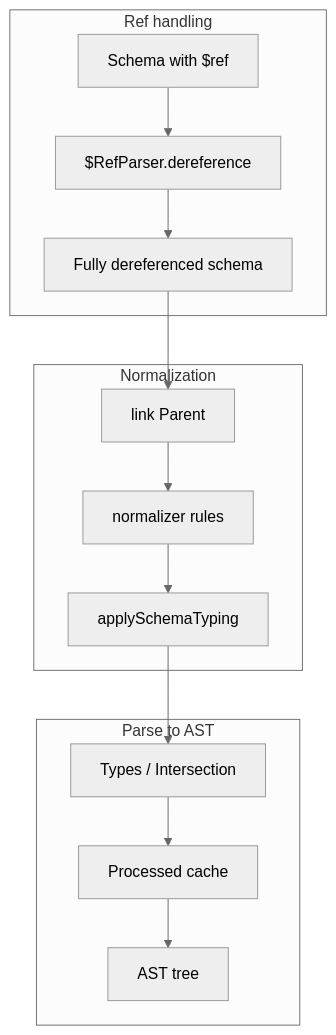
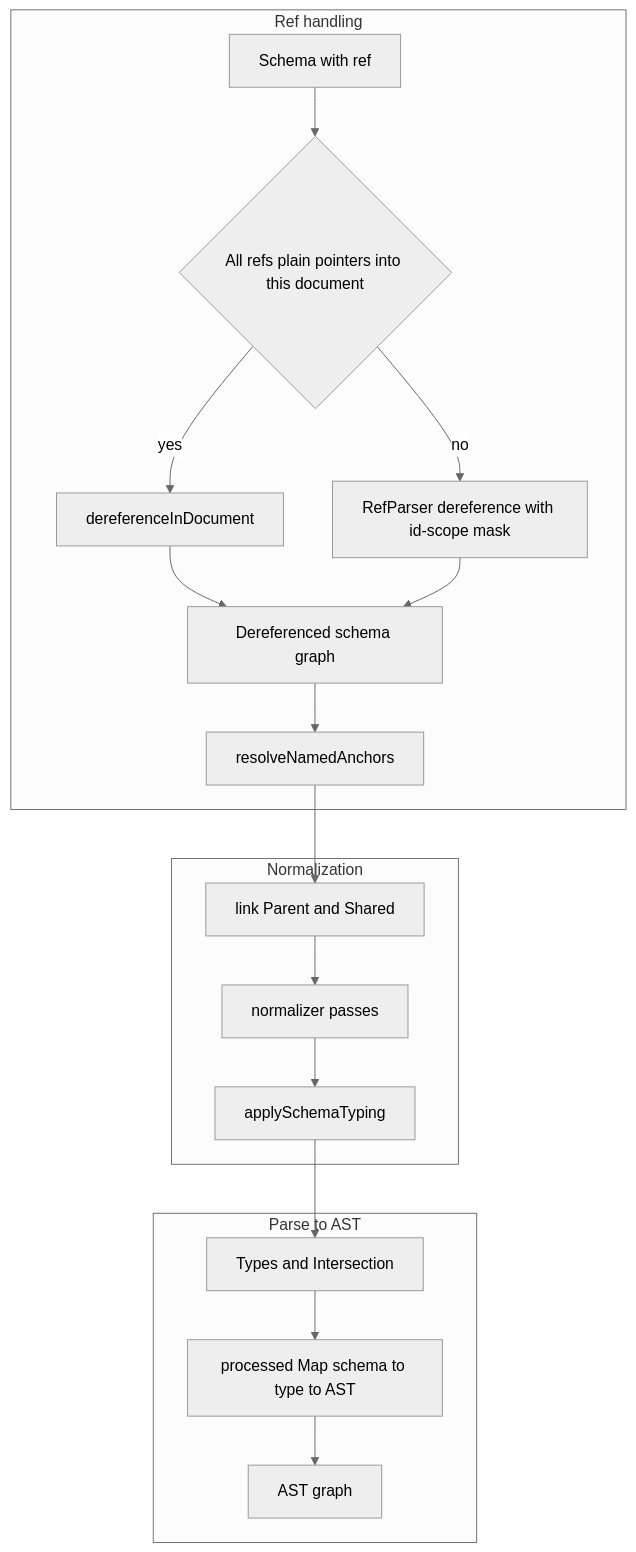
One commit to goddtriffin/json-schema-rs changed the second of 2 diagrams in research/reports/typescript/bcherny-json-schema-to-typescript.md. Above: the diagram before and after it, drawn with Mermaid (neutral theme). The commit also changed other lines of this file and 51 other files, not shown here.

````diff
--- a/research/reports/typescript/bcherny-json-schema-to-typescript.md
+++ b/research/reports/typescript/bcherny-json-schema-to-typescript.md
@@ -135,26 +148,33 @@
 ```mermaid
 flowchart TB
   subgraph ref [Ref handling]
-    Schema[Schema with $ref]
-    Parser[$RefParser.dereference]
-    Inlined[Fully dereferenced schema]
-    Schema --> Parser
-    Parser --> Inlined
+    Schema[Schema with ref]
+    Check{All refs plain pointers into this document}
+    InDoc[dereferenceInDocument]
+    RefParser[RefParser dereference with id-scope mask]
+    Inlined[Dereferenced schema graph]
+    Anchors[resolveNamedAnchors]
+    Schema --> Check
+    Check -->|yes| InDoc
+    Check -->|no| RefParser
+    InDoc --> Inlined
+    RefParser --> Inlined
+    Inlined --> Anchors
   end
   subgraph norm [Normalization]
-    Link[link Parent]
-    Rules[normalizer rules]
+    Link[link Parent and Shared]
+    Rules[normalizer passes]
     Typing[applySchemaTyping]
     Link --> Rules
     Rules --> Typing
   end
   subgraph parse [Parse to AST]
-    Types[Types / Intersection]
-    Cache[Processed cache]
-    AST[AST tree]
+    Types[Types and Intersection]
+    Cache[processed Map schema to type to AST]
+    AST[AST graph]
     Types --> Cache
     Cache --> AST
   end
-  Inlined --> Link
+  Anchors --> Link
   Typing --> Types
 ```
````
